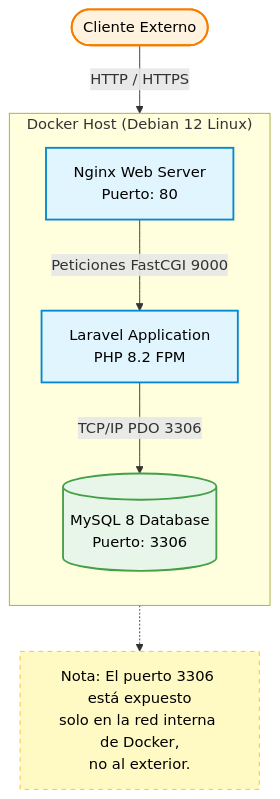
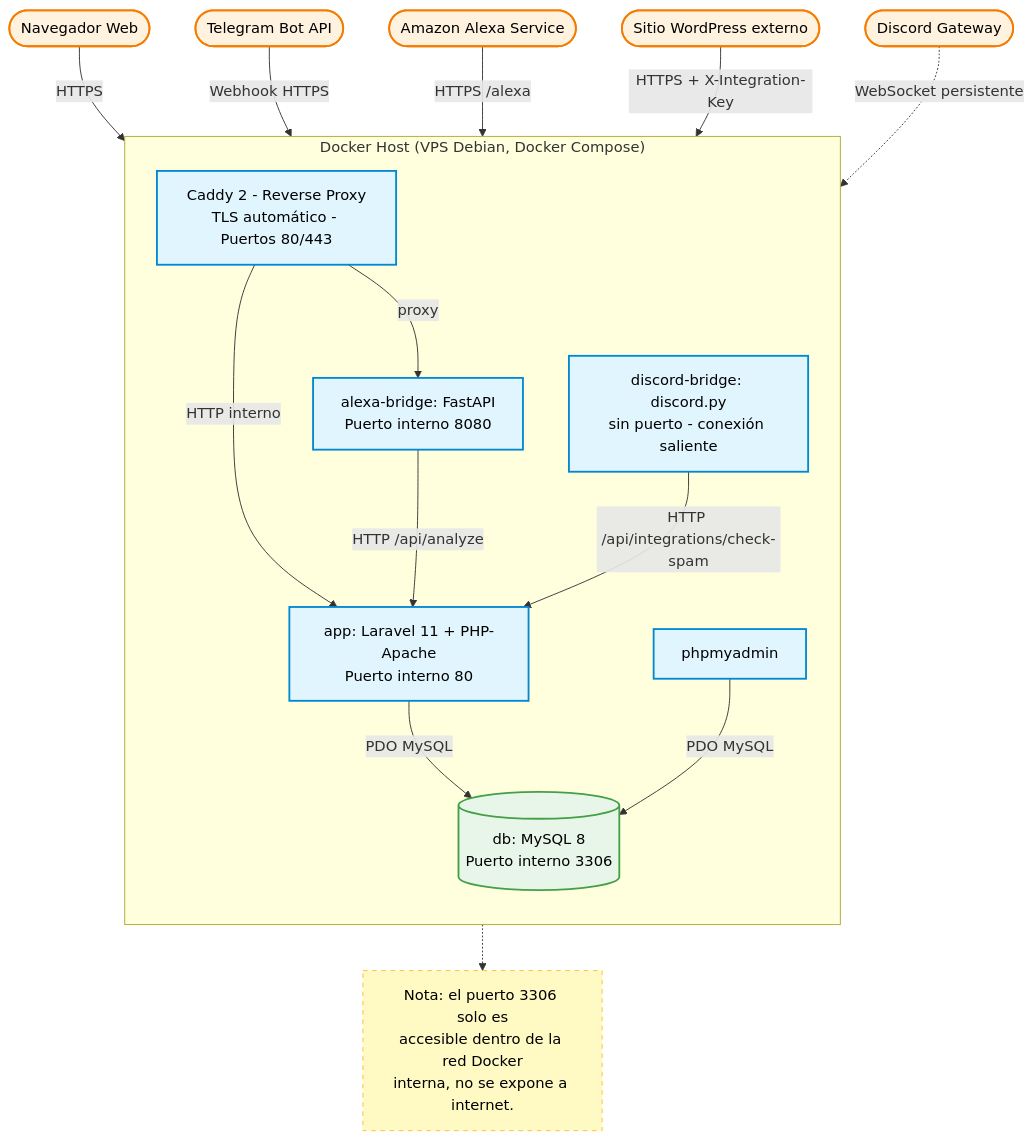
The ninth of 11 diagrams in docs/FD04-Informe-Arquitectura.md (UPT-FAING-EPIS/proyecto-si784-2026-i-u1-antispam), drawn with Mermaid before and after one commit. The commit also changed other lines of this file, not shown here.

First line of the commit message:
Actualizar diagramas Mermaid del FD04 a la arquitectura real del sistema

````diff
--- a/docs/FD04-Informe-Arquitectura.md
+++ b/docs/FD04-Informe-Arquitectura.md
@@ -343,24 +538,38 @@
 ```mermaid
 flowchart TD
     classDef external fill:#fff3e0,stroke:#f57c00,stroke-width:2px,color:#000
     classDef comp fill:#e1f5fe,stroke:#0288d1,stroke-width:2px,color:#000
     classDef db fill:#e8f5e9,stroke:#43a047,stroke-width:2px,color:#000
     classDef note fill:#fff9c4,stroke:#fbc02d,stroke-dasharray: 5 5,color:#000
 
-    Cliente([Cliente Externo]):::external
+    Navegador([Navegador Web]):::external
+    TelegramAPI([Telegram Bot API]):::external
+    AlexaSrv([Amazon Alexa Service]):::external
+    WPSite([Sitio WordPress externo]):::external
+    DiscordGW([Discord Gateway]):::external
 
-    subgraph Docker ["Docker Host (Debian 12 Linux)"]
+    subgraph Docker ["Docker Host (VPS Debian, Docker Compose)"]
         direction TB
-        Web[Nginx Web Server<br>Puerto: 80]:::comp
-        App[Laravel Application<br>PHP 8.2 FPM]:::comp
-        DB[(MySQL 8 Database<br>Puerto: 3306)]:::db
+        Caddy[Caddy 2 - Reverse Proxy<br/>TLS automático - Puertos 80/443]:::comp
+        App[app: Laravel 11 + PHP-Apache<br/>Puerto interno 80]:::comp
+        AlexaBridge[alexa-bridge: FastAPI<br/>Puerto interno 8080]:::comp
+        DiscordBridge[discord-bridge: discord.py<br/>sin puerto - conexión saliente]:::comp
+        PMA[phpmyadmin]:::comp
+        DB[(db: MySQL 8<br/>Puerto interno 3306)]:::db
     end
 
-    Cliente -->|HTTP / HTTPS| Web
-    Web -->|Peticiones FastCGI 9000| App
-    App -->|TCP/IP PDO 3306| DB
+    Navegador -->|HTTPS| Caddy
+    Caddy -->|HTTP interno| App
+    TelegramAPI -->|Webhook HTTPS| Caddy
+    AlexaSrv -->|HTTPS /alexa| Caddy
+    Caddy -->|proxy| AlexaBridge
+    WPSite -->|HTTPS + X-Integration-Key| Caddy
+    AlexaBridge -->|HTTP /api/analyze| App
+    DiscordBridge -->|HTTP /api/integrations/check-spam| App
+    DiscordGW -.->|WebSocket persistente| DiscordBridge
+    App -->|PDO MySQL| DB
+    PMA -->|PDO MySQL| DB
 
-    %% Nota explicativa
-    Nota[Nota: El puerto 3306 está expuesto<br>solo en la red interna de Docker,<br>no al exterior.]:::note
+    Nota[Nota: el puerto 3306 solo es<br/>accesible dentro de la red Docker<br/>interna, no se expone a internet.]:::note
     DB -.-> Nota
 ```
````
